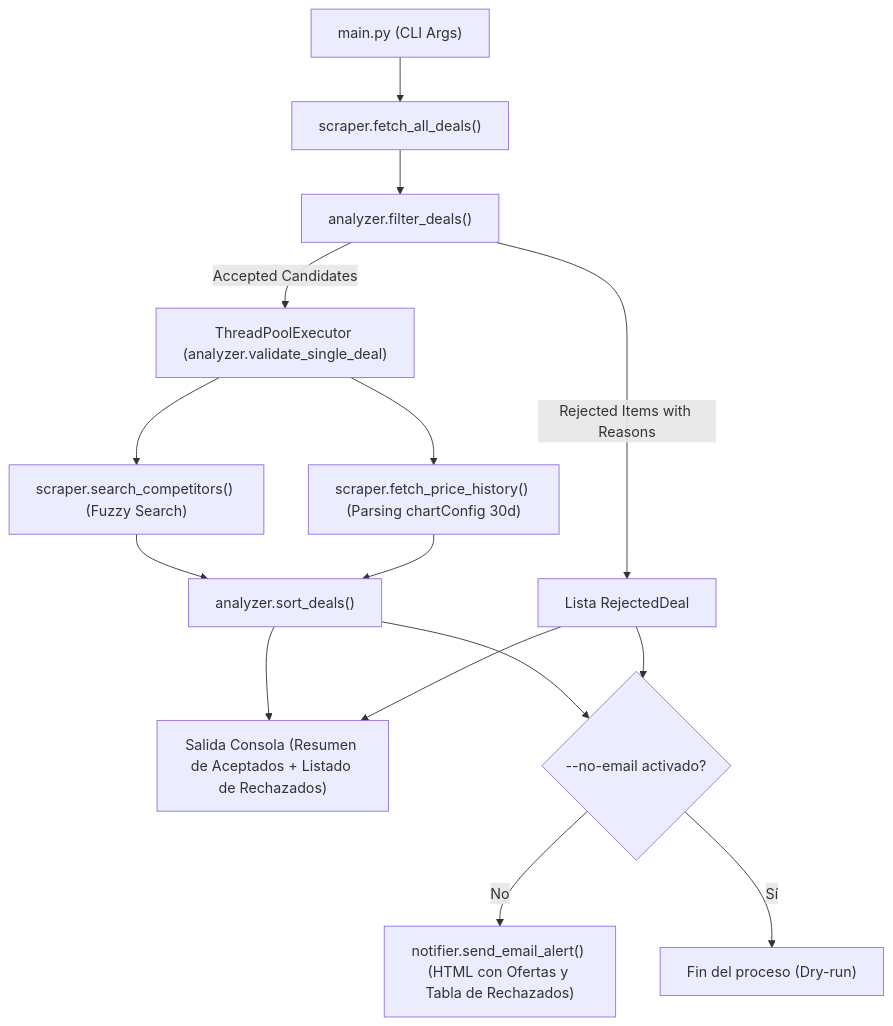
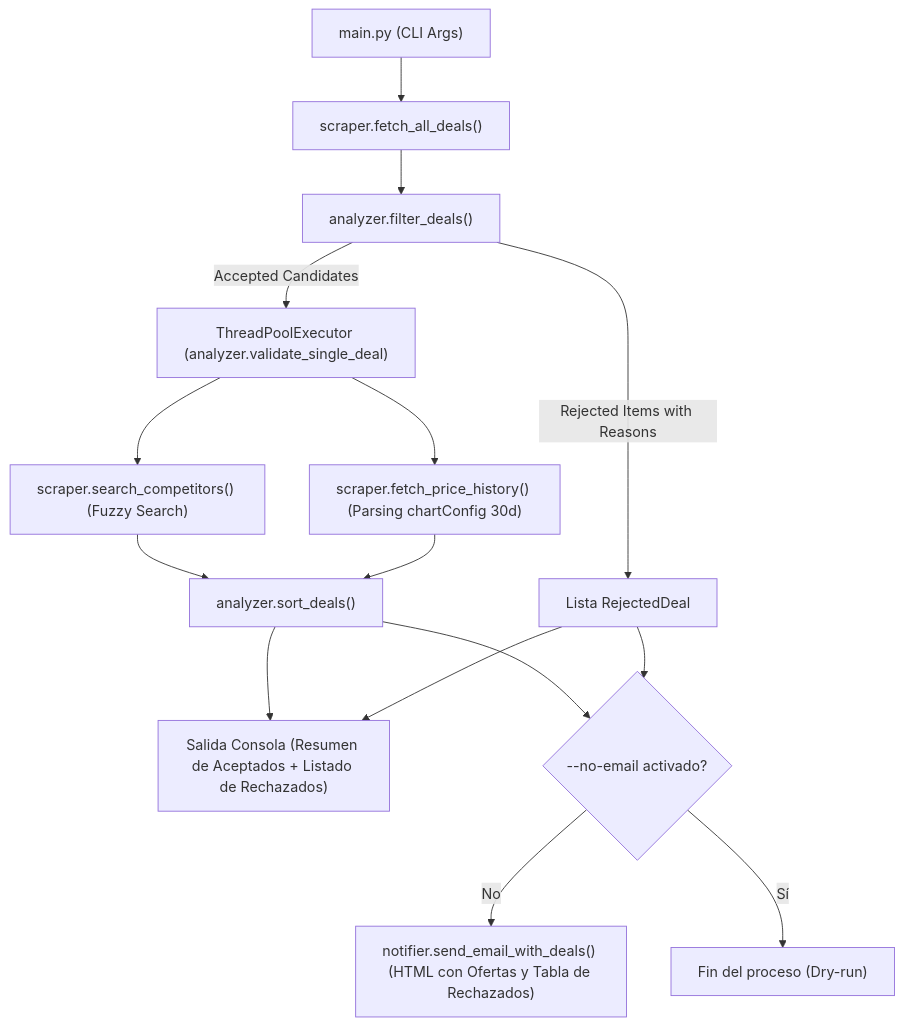
One commit to santiavenda2/hardia changed the diagram in AGENT.md. Above: the diagram before and after it, drawn with Mermaid. The commit also changed 2 other files, not shown here.

Commit message:
Corrijo templates y titulo del email para que indique la fuente correcta

````diff
--- a/AGENT.md
+++ b/AGENT.md
@@ -60,14 +60,14 @@
 ```mermaid
 flowchart TD
     A["main.py (CLI Args)"] --> B["scraper.fetch_all_deals()"]
     B --> C["analyzer.filter_deals()"]
     C -->|Accepted Candidates| D["ThreadPoolExecutor (analyzer.validate_single_deal)"]
     C -->|Rejected Items with Reasons| R["Lista RejectedDeal"]
     D --> E["scraper.search_competitors() (Fuzzy Search)"]
     D --> F["scraper.fetch_price_history() (Parsing chartConfig 30d)"]
     E & F --> G["analyzer.sort_deals()"]
     G & R --> H["Salida Consola (Resumen de Aceptados + Listado de Rechazados)"]
     G & R --> I{"--no-email activado?"}
-    I -- No --> J["notifier.send_email_alert() (HTML con Ofertas y Tabla de Rechazados)"]
+    I -- No --> J["notifier.send_email_with_deals() (HTML con Ofertas y Tabla de Rechazados)"]
     I -- Sí --> K["Fin del proceso (Dry-run)"]
 ```
````
